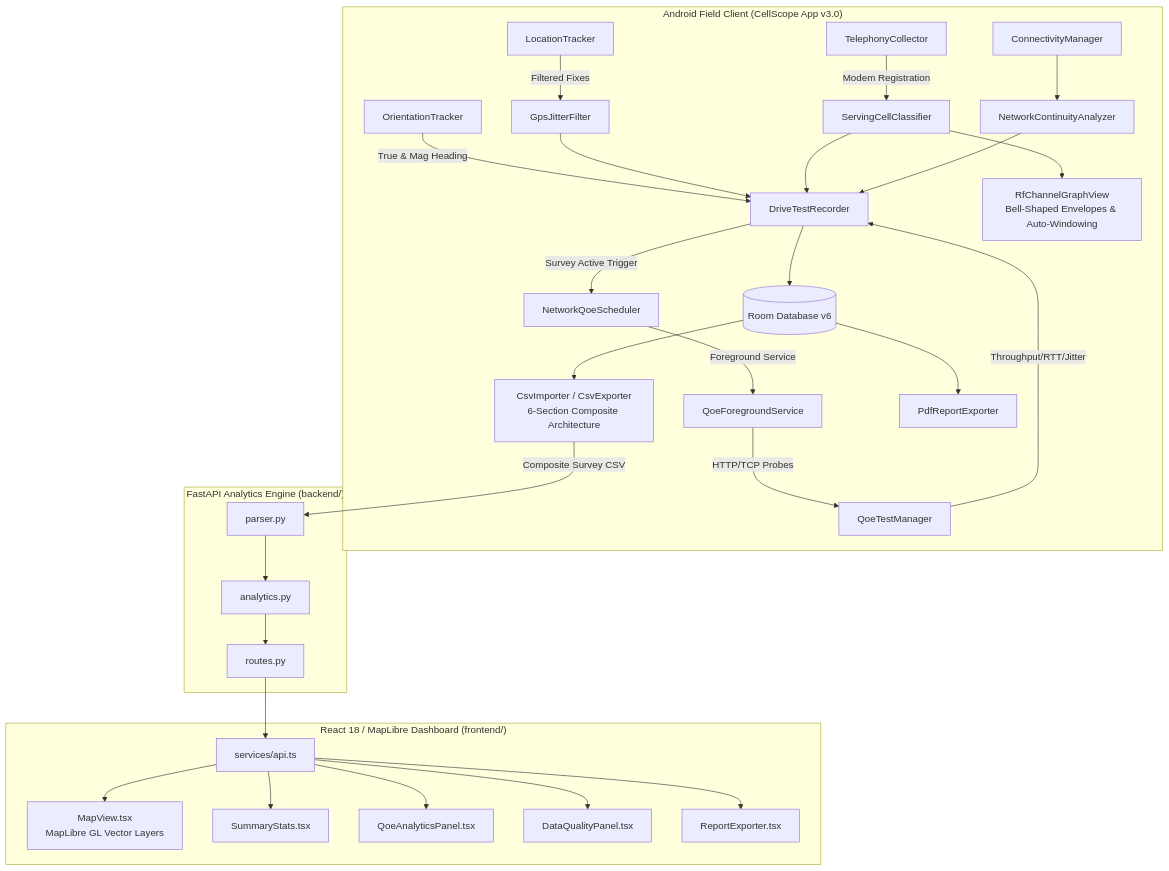
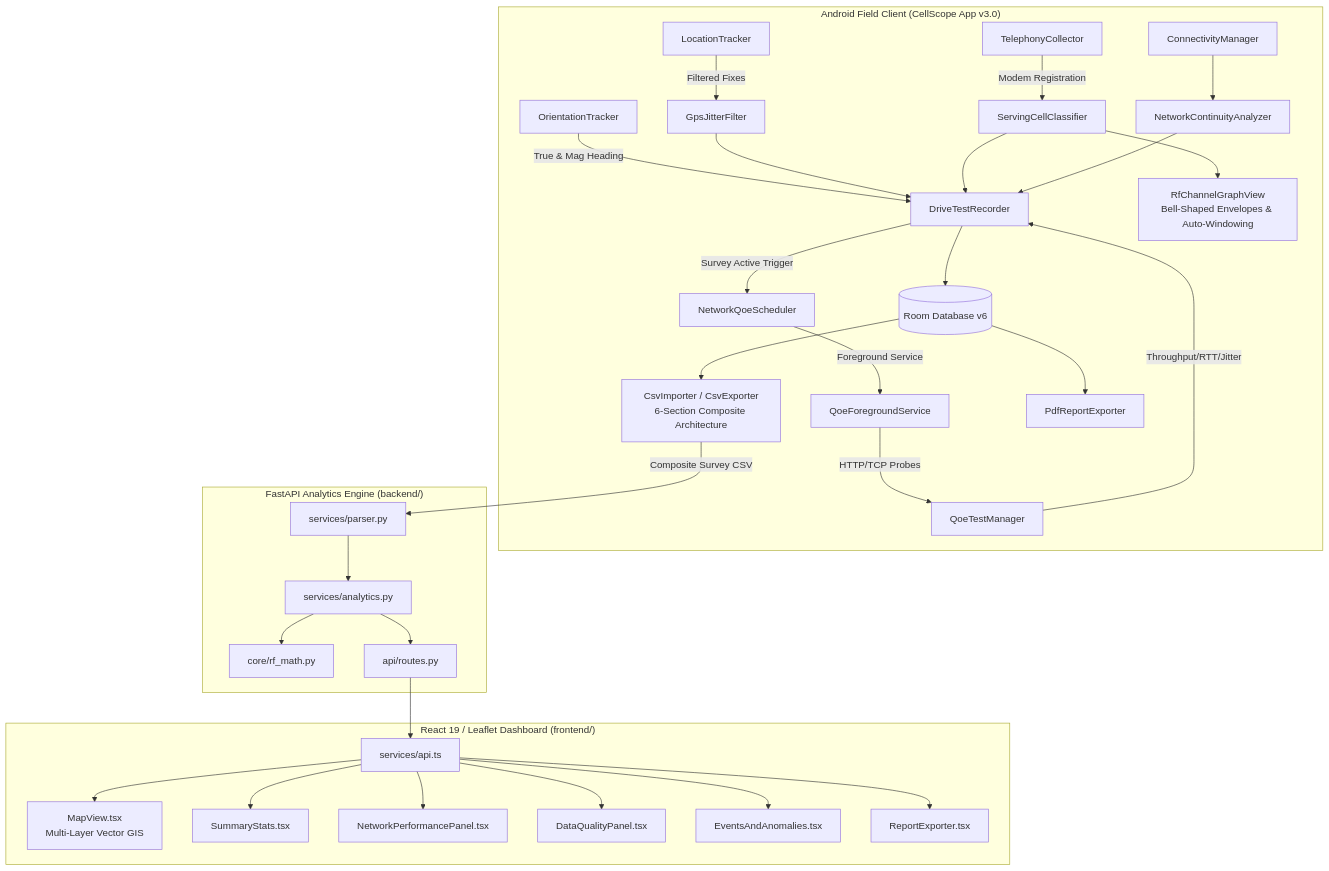
The diagram in README.md (TuhassinulArnob/cellCoverageApp), drawn with Mermaid before and after one commit. The commit also changed other lines of this file and 53 other files, not shown here.

````diff
--- a/README.md
+++ b/README.md
@@ -129,39 +129,41 @@
 ```mermaid
 flowchart TD
     subgraph AndroidClient["Android Field Client (CellScope App v3.0)"]
         Loc[LocationTracker] -->|Filtered Fixes| Jitter[GpsJitterFilter]
         Sensors[OrientationTracker] -->|True & Mag Heading| Recorder[DriveTestRecorder]
         Telephony[TelephonyCollector] -->|Modem Registration| Classifier[ServingCellClassifier]
         NetState[ConnectivityManager] --> Continuity[NetworkContinuityAnalyzer]
-        
+
         Recorder -->|Survey Active Trigger| QoeSched[NetworkQoeScheduler]
         QoeSched -->|Foreground Service| QoeService[QoeForegroundService]
         QoeService -->|HTTP/TCP Probes| QoeEngine[QoeTestManager]
         QoeEngine -->|Throughput/RTT/Jitter| Recorder
-        
+
         Jitter --> Recorder
         Classifier --> Recorder
         Continuity --> Recorder
-        
+
         Classifier --> RFGraph[RfChannelGraphView<br/>Bell-Shaped Envelopes & Auto-Windowing]
-        
+
         Recorder --> DB[(Room Database v6)]
         DB --> MultiCsv[CsvImporter / CsvExporter<br/>6-Section Composite Architecture]
         DB --> PdfExp[PdfReportExporter]
     end
 
     subgraph BackendEngine["FastAPI Analytics Engine (backend/)"]
-        MultiCsv -->|Composite Survey CSV| Parser[parser.py]
-        Parser --> Analytics[analytics.py]
-        Analytics --> Routes[routes.py]
+        MultiCsv -->|Composite Survey CSV| Parser[services/parser.py]
+        Parser --> Analytics[services/analytics.py]
+        Analytics --> RFMath[core/rf_math.py]
+        Analytics --> Routes[api/routes.py]
     end
 
-    subgraph Dashboard["React 18 / MapLibre Dashboard (frontend/)"]
+    subgraph Dashboard["React 19 / Leaflet Dashboard (frontend/)"]
         Routes --> API[services/api.ts]
-        API --> RouteMap[MapView.tsx<br/>MapLibre GL Vector Layers]
+        API --> RouteMap[MapView.tsx<br/>Multi-Layer Vector GIS]
         API --> Stats[SummaryStats.tsx]
-        API --> QoEView[QoeAnalyticsPanel.tsx]
+        API --> QoEView[NetworkPerformancePanel.tsx]
         API --> Quality[DataQualityPanel.tsx]
+        API --> EventsView[EventsAndAnomalies.tsx]
         API --> Exporter[ReportExporter.tsx]
     end
 ```
````
